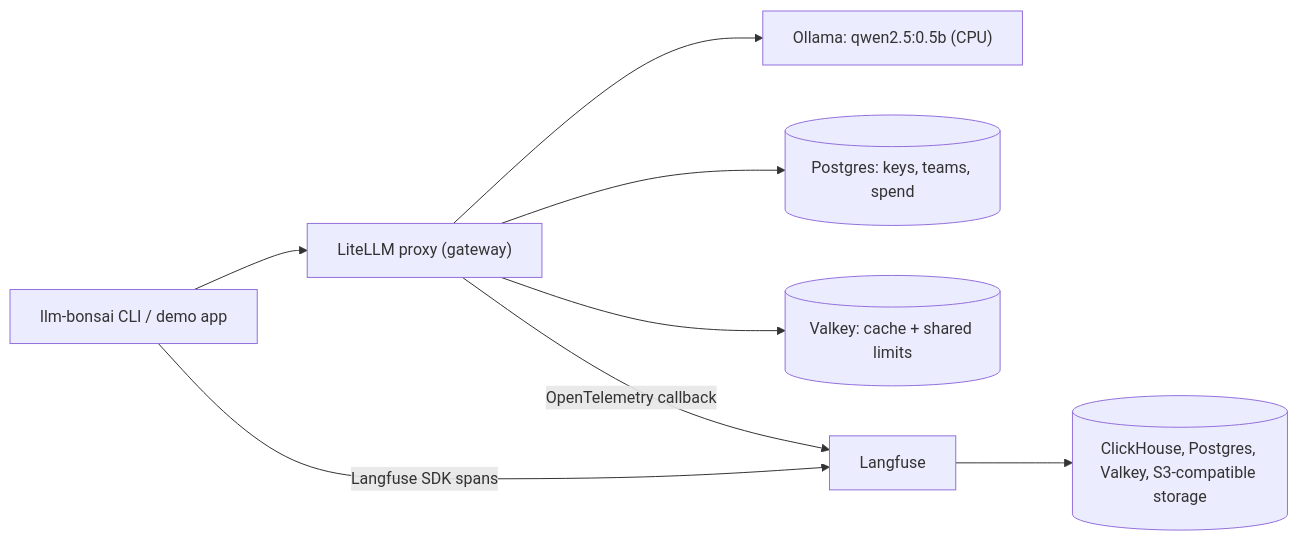
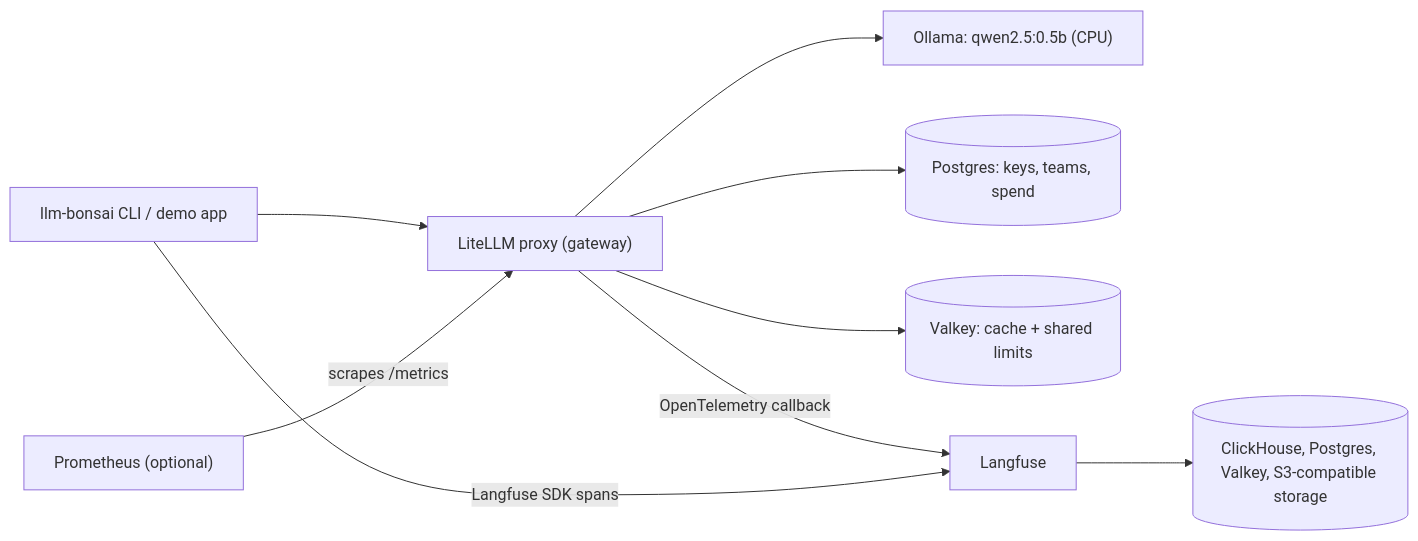
The diagram in README.md (cauabernardino/llm-bonsai), drawn with Mermaid before and after one commit. The commit also changed other lines of this file and 2 other files, not shown here.

````diff
--- a/README.md
+++ b/README.md
@@ -18,10 +15,11 @@
 ```mermaid
 flowchart LR
   PY["llm-bonsai CLI / demo app"] --> LL["LiteLLM proxy (gateway)"]
   LL --> OL["Ollama: qwen2.5:0.5b (CPU)"]
   LL --> PG[("Postgres: keys, teams, spend")]
   LL --> VK[("Valkey: cache + shared limits")]
   LL -- "OpenTelemetry callback" --> LF["Langfuse"]
   PY -- "Langfuse SDK spans" --> LF
   LF --> LFS[("ClickHouse, Postgres, Valkey, S3-compatible storage")]
+  PR["Prometheus (optional)"] -- "scrapes /metrics" --> LL
 ```
````
